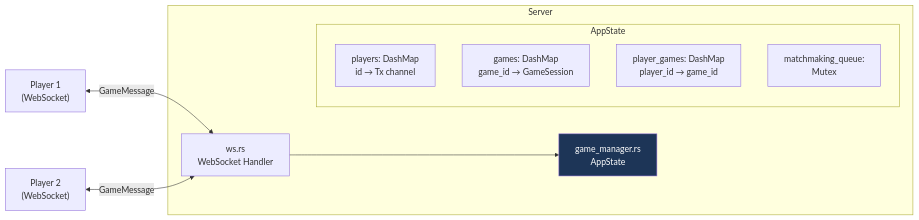
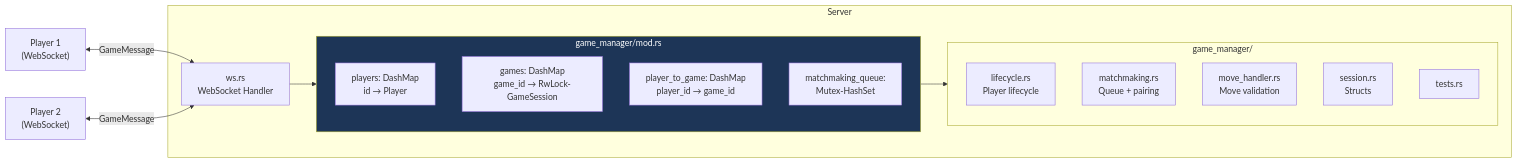
One commit to thichuong/GameCoTuong changed the fourth of 7 diagrams in ARCHITECTURE.md. Above: the diagram before and after it, drawn with Mermaid. The commit also changed other lines of this file and 6 other files, not shown here.

Commit message:
docs: Detail engine's new `EngineMoveGen` module, refactor server's `game_manager` with new modules, and restructure client's `app` components in architecture documentation.

````diff
--- a/ARCHITECTURE.md
+++ b/ARCHITECTURE.md
@@ -211,23 +225,31 @@
 ```mermaid
 flowchart LR
     P1["Player 1<br/>(WebSocket)"]
     P2["Player 2<br/>(WebSocket)"]
 
     subgraph Server
         WS["ws.rs<br/>WebSocket Handler"]
-        GM["game_manager.rs<br/>AppState"]
 
-        subgraph AppState
-            Players["players: DashMap<br/>id → Tx channel"]
-            Games["games: DashMap<br/>game_id → GameSession"]
-            PG["player_games: DashMap<br/>player_id → game_id"]
-            Queue["matchmaking_queue:<br/>Mutex<HashSet>"]
+        subgraph AppState["game_manager/mod.rs"]
+            Players["players: DashMap<br/>id → Player"]
+            Games["games: DashMap<br/>game_id → RwLock-GameSession"]
+            PTG["player_to_game: DashMap<br/>player_id → game_id"]
+            Queue["matchmaking_queue:<br/>Mutex-HashSet"]
+        end
+
+        subgraph Modules["game_manager/"]
+            LC["lifecycle.rs<br/>Player lifecycle"]
+            MM["matchmaking.rs<br/>Queue + pairing"]
+            MH["move_handler.rs<br/>Move validation"]
+            SS["session.rs<br/>Structs"]
+            TS["tests.rs"]
         end
     end
 
     P1 <-->|GameMessage| WS
     P2 <-->|GameMessage| WS
-    WS --> GM
+    WS --> AppState
+    AppState --> Modules
 
-    style GM fill:#1d3557,color:#fff
+    style AppState fill:#1d3557,color:#fff
 ```
````
